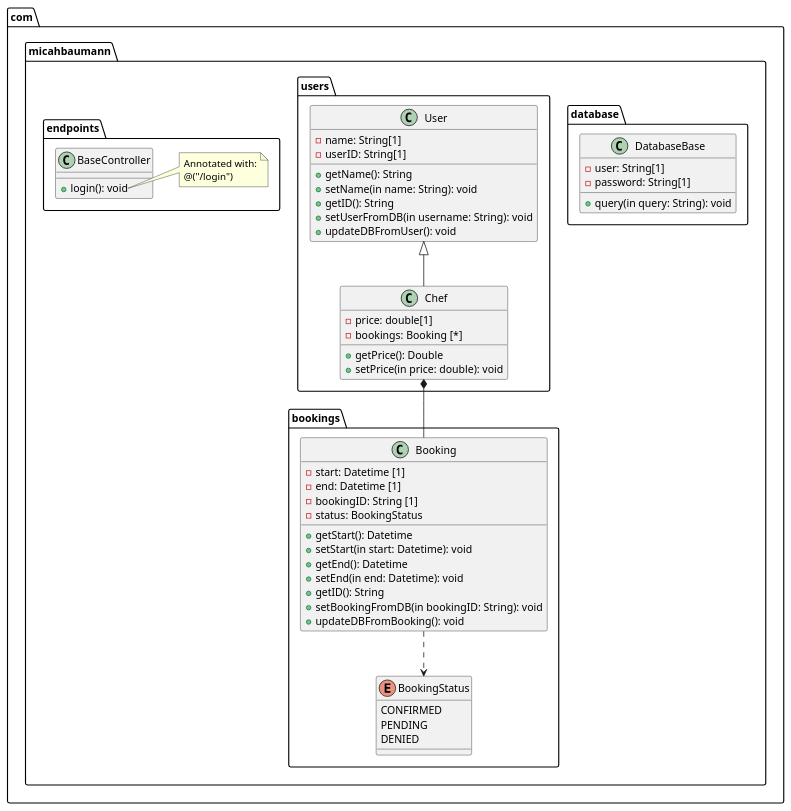
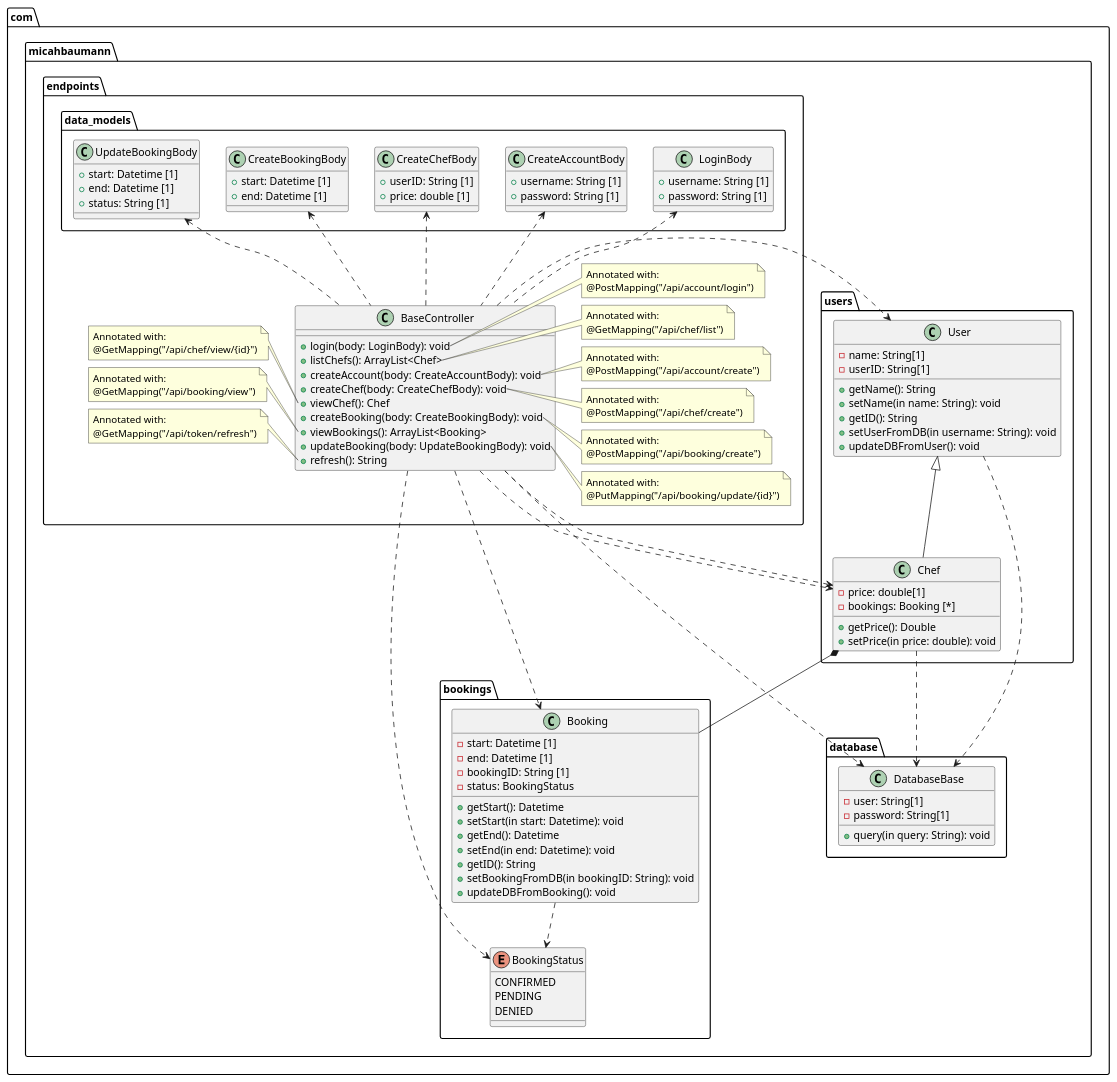
One commit to micahbaumann/CS-5800-Project-Micah-UML changed the diagram in ClassUML.puml. Above: the diagram before and after it, drawn with PlantUML.

```diff
--- a/ClassUML.puml
+++ b/ClassUML.puml
@@ -1,74 +1,167 @@
 @startuml
 'https://plantuml.com/class-diagram
 
 package com.micahbaumann {
     package database {
         class DatabaseBase {
             - user: String[1]
             - password: String[1]
 
             + query(in query: String): void
         }
     }
 
     package users {
         class User {
             - name: String[1]
             - userID: String[1]
 
             + getName(): String
             + setName(in name: String): void
             + getID(): String
             + setUserFromDB(in username: String): void
             + updateDBFromUser(): void
         }
 
         class Chef {
             - price: double[1]
             - bookings: Booking [*]
 
             + getPrice(): Double
             + setPrice(in price: double): void
         }
 
         User <|-- Chef
     }
 
     package bookings {
         enum BookingStatus {
             CONFIRMED
             PENDING
             DENIED
         }
 
         class Booking {
             - start: Datetime [1]
             - end: Datetime [1]
             - bookingID: String [1]
             - status: BookingStatus
 
             + getStart(): Datetime
             + setStart(in start: Datetime): void
             + getEnd(): Datetime
             + setEnd(in end: Datetime): void
             + getID(): String
             + setBookingFromDB(in bookingID: String): void
             + updateDBFromBooking(): void
         }
 
         Booking ..> BookingStatus
     }
     Chef *-- Booking
 
     package endpoints {
         class BaseController {
-            + login(): void
+            + login(body: LoginBody): void
+            + listChefs(): ArrayList<Chef>
+            + createAccount(body: CreateAccountBody): void
+            + createChef(body: CreateChefBody): void
+            + viewChef(): Chef
+            + createBooking(body: CreateBookingBody): void
+            + viewBookings(): ArrayList<Booking>
+            + updateBooking(body: UpdateBookingBody): void
+            + refresh(): String
         }
+
         note right of BaseController::login
           Annotated with:
-          @("/login")
+          @PostMapping("/api/account/login")
         end note
+
+        note right of BaseController::listChefs
+          Annotated with:
+          @GetMapping("/api/chef/list")
+        end note
+
+        note right of BaseController::createAccount
+          Annotated with:
+          @PostMapping("/api/account/create")
+        end note
+
+        note right of BaseController::createChef
+          Annotated with:
+          @PostMapping("/api/chef/create")
+        end note
+
+        note left of BaseController::viewChef
+          Annotated with:
+          @GetMapping("/api/chef/view/{id}")
+        end note
+
+        note right of BaseController::createBooking
+          Annotated with:
+          @PostMapping("/api/booking/create")
+        end note
+
+        note left of BaseController::viewBookings
+          Annotated with:
+          @GetMapping("/api/booking/view")
+        end note
+
+        note right of BaseController::updateBooking
+          Annotated with:
+          @PutMapping("/api/booking/update/{id}")
+        end note
+
+        note left of BaseController::refresh
+          Annotated with:
+          @GetMapping("/api/token/refresh")
+        end note
+
+        package data_models {
+            class LoginBody {
+                + username: String [1]
+                + password: String [1]
+            }
+
+            class CreateAccountBody {
+                + username: String [1]
+                + password: String [1]
+            }
+
+            class CreateChefBody {
+                + userID: String [1]
+                + price: double [1]
+            }
+
+            class CreateBookingBody {
+                + start: Datetime [1]
+                + end: Datetime [1]
+            }
+
+            class UpdateBookingBody {
+                + start: Datetime [1]
+                + end: Datetime [1]
+                + status: String [1]
+            }
+        }
+
+        LoginBody <.. BaseController
+        Chef <.. BaseController
+        CreateAccountBody <.. BaseController
+        CreateChefBody <.. BaseController
+        CreateBookingBody <.. BaseController
+        UpdateBookingBody <.. BaseController
     }
+
+    BaseController ..> User
+    BaseController ..> Chef
+    BaseController ..> DatabaseBase
+    User ..> DatabaseBase
+    Chef ..> DatabaseBase
+    BaseController ..> Booking
+    BaseController ..> BookingStatus
+
 }
 
 @enduml
```
